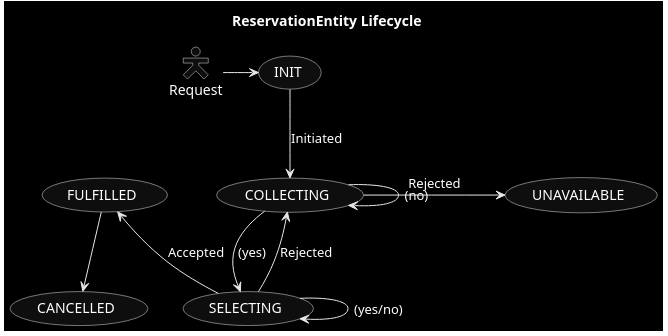
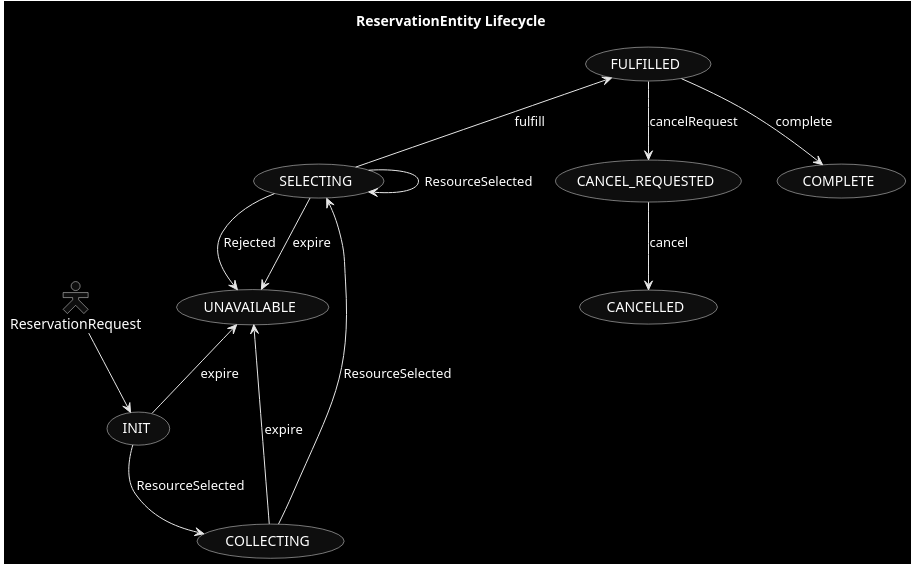
The diagram in reservation/reservation/docs/fsm.puml (max8github/rez), drawn with PlantUML before and after one commit. The commit also changed 11 other files, not shown here.

```diff
--- a/reservation/reservation/docs/fsm.puml
+++ b/reservation/reservation/docs/fsm.puml
@@ -1,15 +1,19 @@
 @startuml
 skinparam monochrome reverse
 skinparam actorStyle hollow
 
 title ReservationEntity Lifecycle
-Request -> (INIT)
-(INIT) --> (COLLECTING): Initiated
-(COLLECTING) -> (COLLECTING): (no)
-(COLLECTING) --> (SELECTING): (yes)
-(SELECTING) --> (SELECTING): (yes/no)
-(UNAVAILABLE) <-left- (COLLECTING): Rejected
-(FULFILLED) <-- (SELECTING): Accepted
-(SELECTING) -> (COLLECTING): Rejected
-(FULFILLED) --> (CANCELLED)
+ReservationRequest --> (INIT)
+(INIT) --> (COLLECTING): ResourceSelected
+(SELECTING) --> (SELECTING): ResourceSelected
+(COLLECTING) --> (SELECTING): ResourceSelected
+(UNAVAILABLE) <-- (SELECTING): expire
+(UNAVAILABLE) <-- (COLLECTING): expire
+(UNAVAILABLE) <-- (INIT): expire
+(FULFILLED) <-- (SELECTING): fulfill
+(UNAVAILABLE) <-up- (SELECTING): Rejected
+(FULFILLED) --> (CANCEL_REQUESTED): cancelRequest
+(CANCEL_REQUESTED) --> (CANCELLED): cancel
+'COMPLETE is when a reservation is in the past
+(FULFILLED) --> (COMPLETE): complete
 @enduml
```
